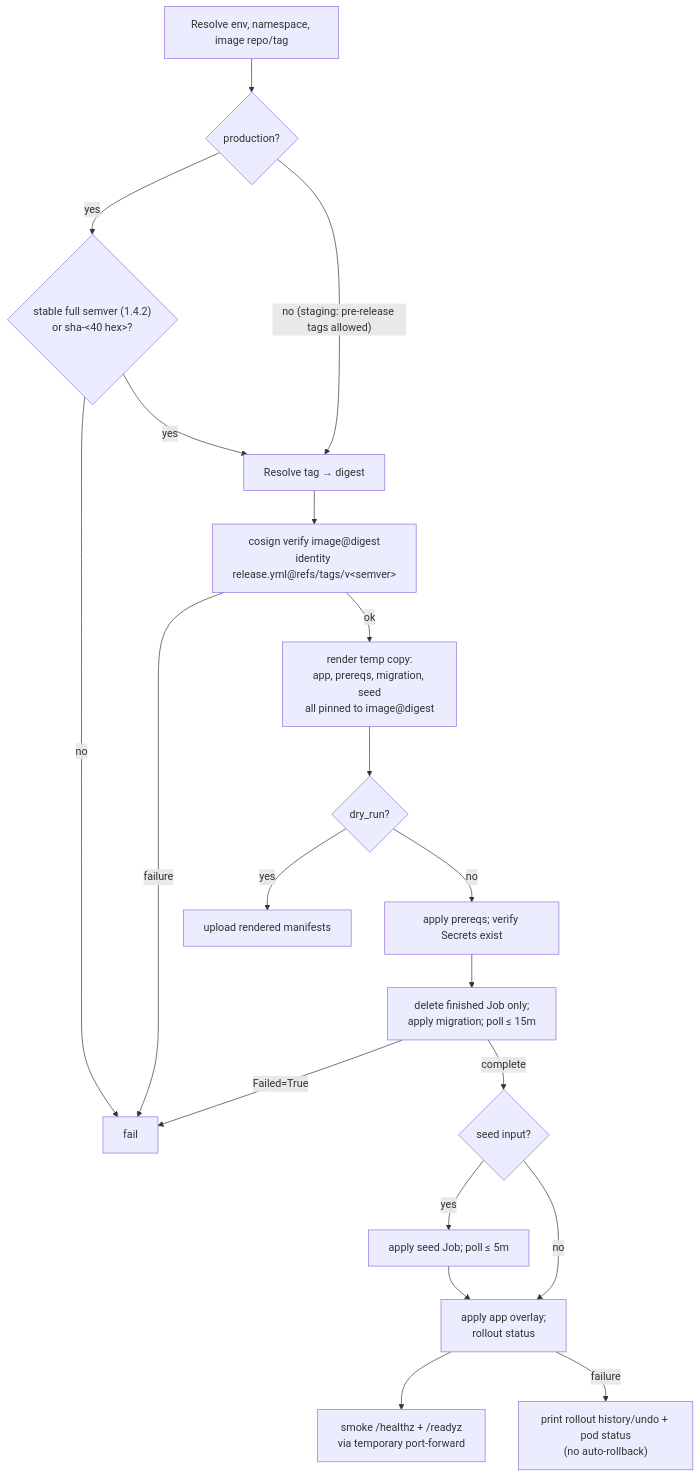
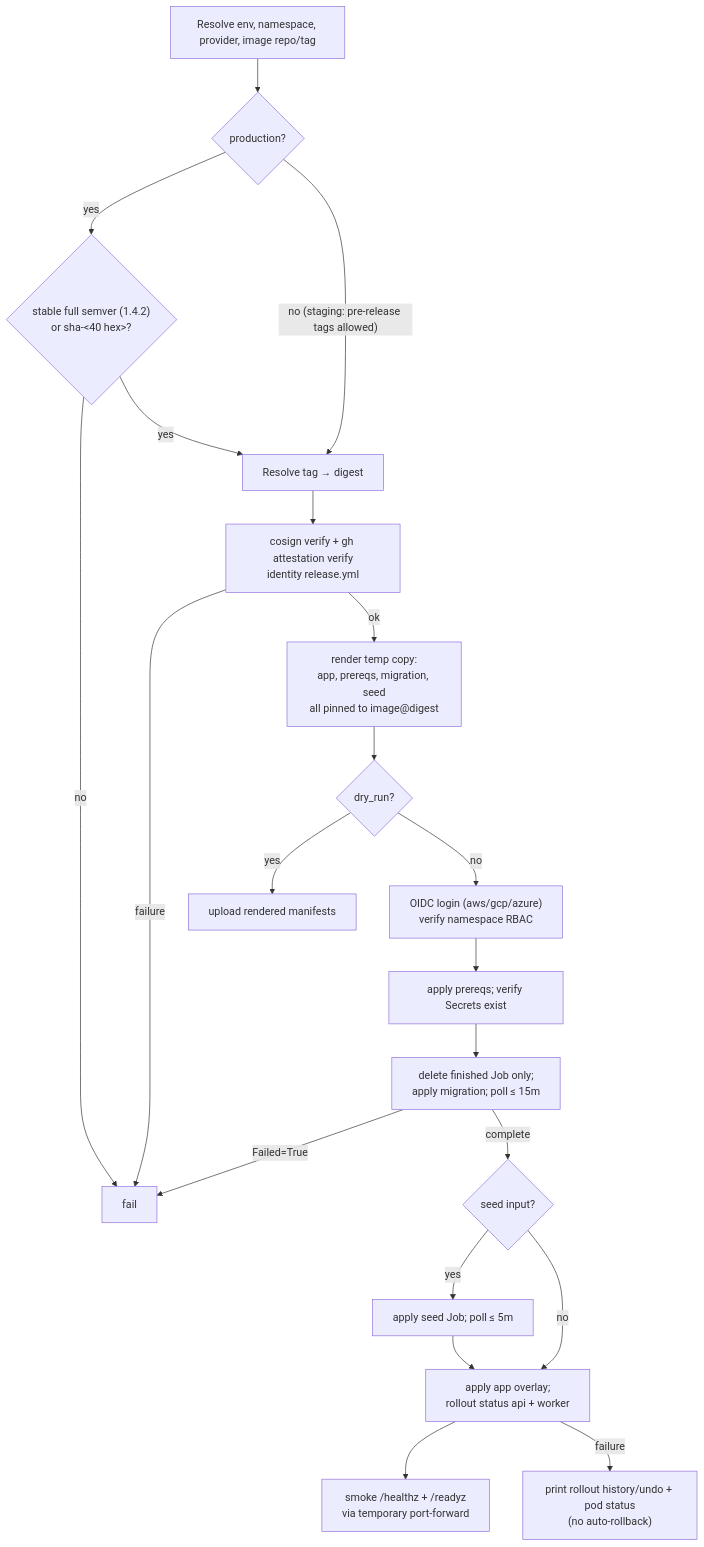
The fourth of 4 diagrams in deploy/k8s/README.md (chuanghiduoc/fiber-golang-boilerplate), drawn with Mermaid before and after one commit. The commit also changed other lines of this file and 911 other files, not shown here.

````diff
--- a/deploy/k8s/README.md
+++ b/deploy/k8s/README.md
@@ -464,22 +558,23 @@
 ```mermaid
 flowchart TD
-    A["Resolve env, namespace, image repo/tag"] --> B{"production?"}
+    A["Resolve env, namespace, provider, image repo/tag"] --> B{"production?"}
     B -- yes --> C{"stable full semver (1.4.2)<br/>or sha-&lt;40 hex&gt;?"}
     C -- no --> X[fail]
     C -- yes --> D
     B -- "no (staging: pre-release tags allowed)" --> D["Resolve tag → digest"]
-    D --> V["cosign verify image@digest<br/>identity release.yml@refs/tags/v&lt;semver&gt;"]
+    D --> V["cosign verify + gh attestation verify<br/>identity release.yml"]
     V -- failure --> X
     V -- ok --> R["render temp copy:<br/>app, prereqs, migration, seed<br/>all pinned to image@digest"]
     R --> E{dry_run?}
     E -- yes --> U[upload rendered manifests]
-    E -- no --> F["apply prereqs; verify Secrets exist"]
+    E -- no --> O["OIDC login (aws/gcp/azure)<br/>verify namespace RBAC"]
+    O --> F["apply prereqs; verify Secrets exist"]
     F --> G["delete finished Job only;<br/>apply migration; poll ≤ 15m"]
     G -- "Failed=True" --> X
     G -- complete --> S{"seed input?"}
     S -- yes --> T["apply seed Job; poll ≤ 5m"]
     S -- no --> H
-    T --> H["apply app overlay;<br/>rollout status"]
+    T --> H["apply app overlay;<br/>rollout status api + worker"]
     H --> I["smoke /healthz + /readyz<br/>via temporary port-forward"]
     H -- failure --> Y["print rollout history/undo + pod status<br/>(no auto-rollback)"]
 ```
````
